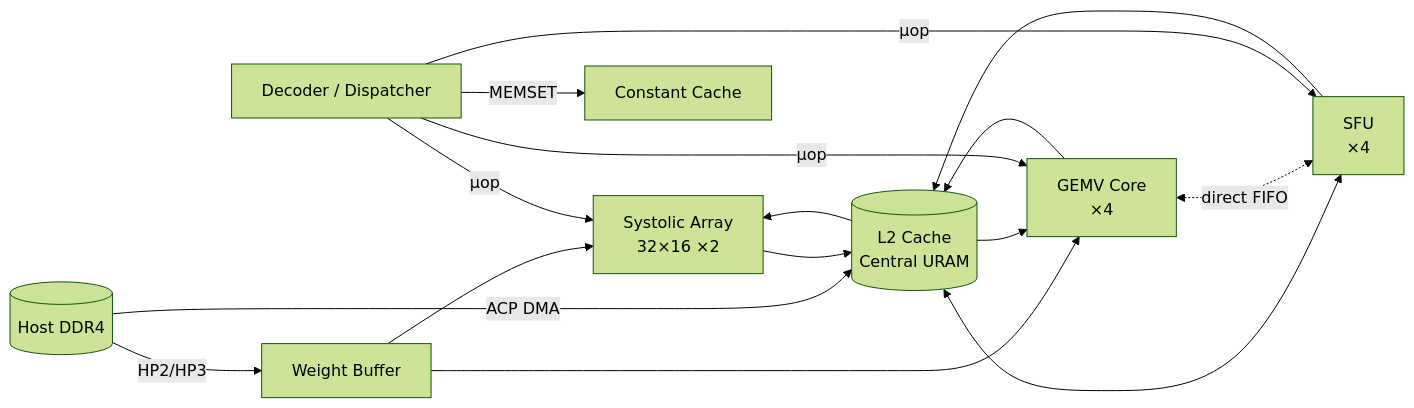
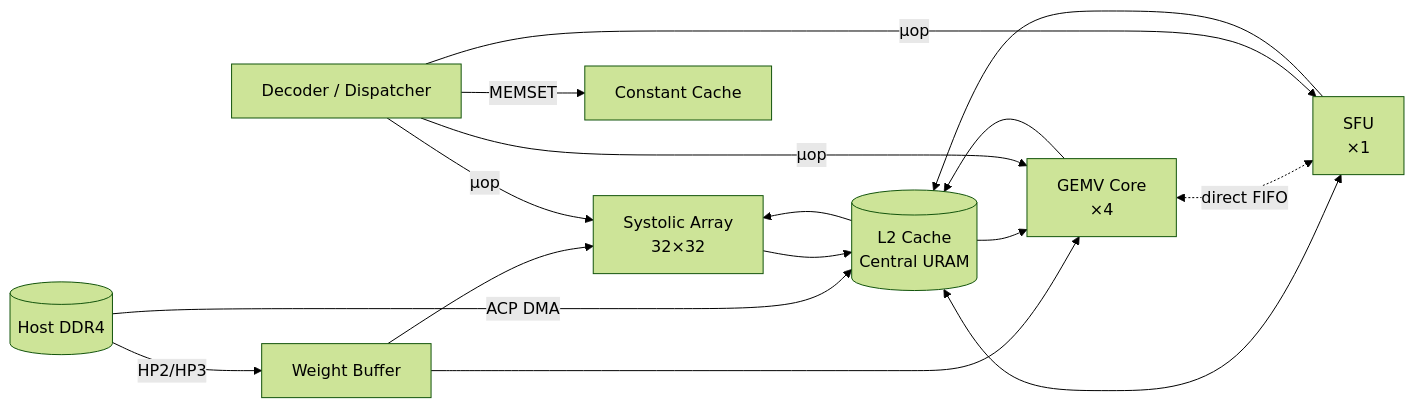
One commit to hwkim-dev/uCA changed the diagram in docs/v002/Architecture/top_level.rst. Above: the diagram before and after it, drawn with Mermaid (forest theme). The commit also changed other lines of this file and 11 other files, not shown here.

First line of the commit message:
docs(en): unify GEMM (32×32 single array) and SFU (single instance)

```diff
--- a/docs/v002/Architecture/top_level.rst
+++ b/docs/v002/Architecture/top_level.rst
@@ -107,18 +109,18 @@
 .. mermaid::
 
    flowchart LR
      DDR[(Host DDR4)] -->|HP2/HP3| WB[Weight Buffer]
      DDR -->|ACP DMA| L2[(L2 Cache<br/>Central URAM)]
-     WB --> SA[Systolic Array<br/>32×16 ×2]
+     WB --> SA[Systolic Array<br/>32×32]
      WB --> GV[GEMV Core<br/>×4]
      L2 --> SA
      L2 --> GV
-     L2 <--> SFU[SFU<br/>×4]
+     L2 <--> SFU[SFU<br/>×1]
      GV <-. direct FIFO .-> SFU
      SA --> L2
      GV --> L2
      SFU --> L2
      DISP[Decoder / Dispatcher] -->|μop| SA
      DISP -->|μop| GV
      DISP -->|μop| SFU
      DISP -->|MEMSET| CC[Constant Cache]
```
